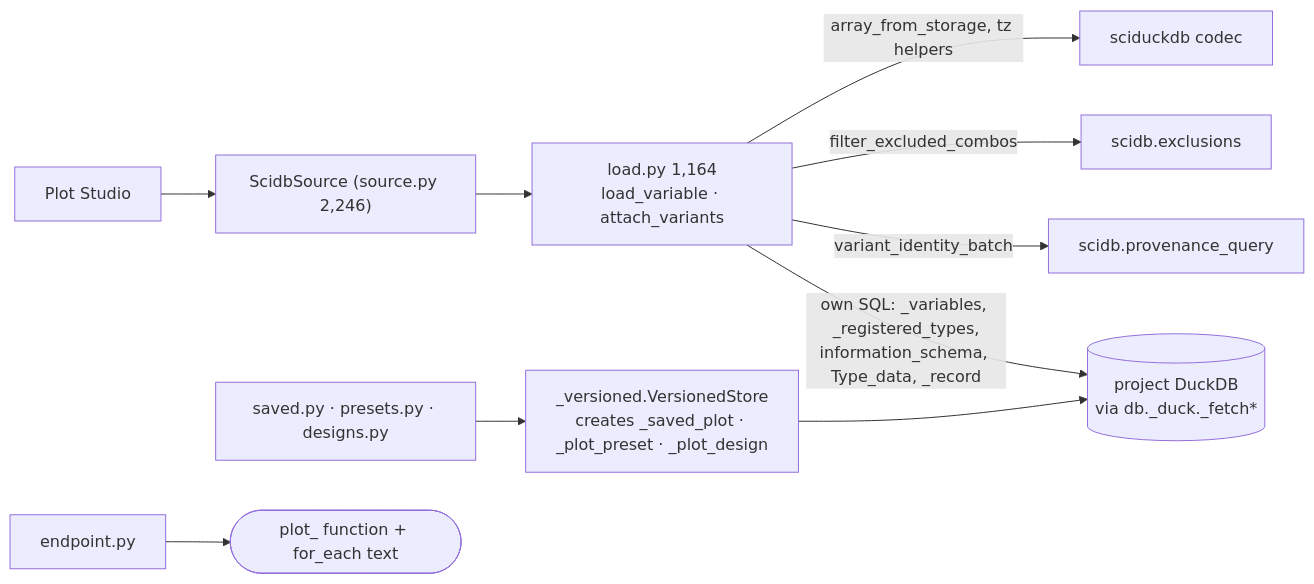
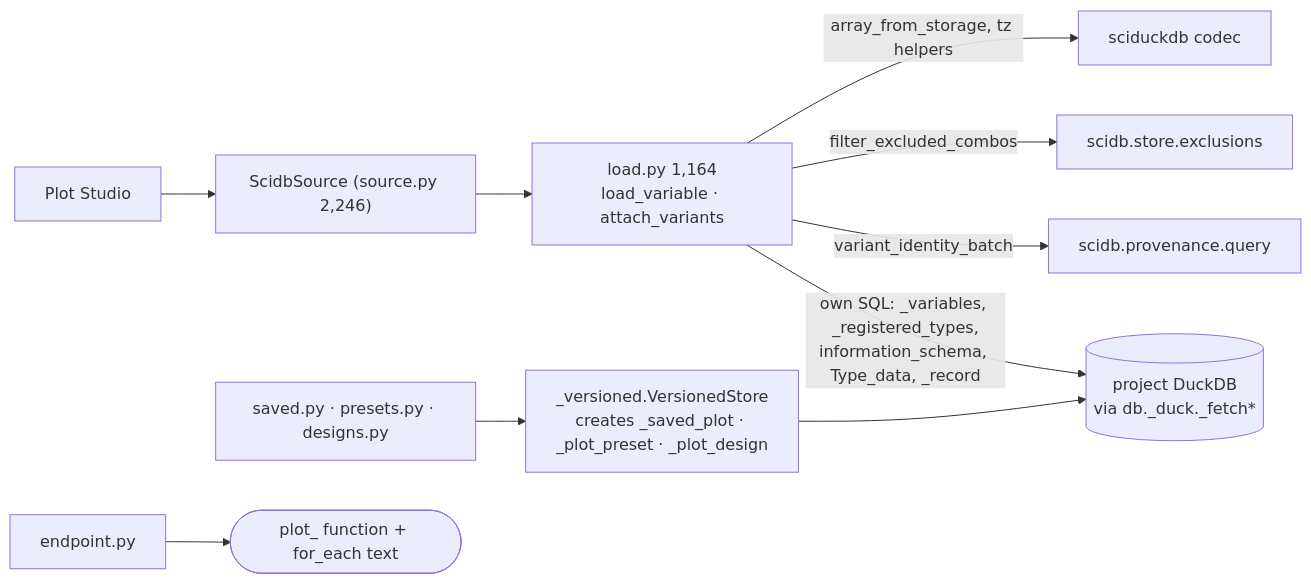
The fourth of 5 diagrams in docs/design-review/06-plot-and-stats.md (mtillman14/scistack), drawn with Mermaid before and after one commit. The commit also changed other lines of this file and 561 other files, not shown here.

````diff
--- a/docs/design-review/06-plot-and-stats.md
+++ b/docs/design-review/06-plot-and-stats.md
@@ -205,12 +208,12 @@
 ```mermaid
 flowchart LR
     gui["Plot Studio"] --> src["ScidbSource (source.py 2,246)"]
     src --> load["load.py 1,164<br/>load_variable · attach_variants"]
     load -- "own SQL: _variables, _registered_types,<br/>information_schema, Type_data, _record" --> duck[("project DuckDB<br/>via db._duck._fetch*")]
-    load -- "variant_identity_batch" --> pq["scidb.provenance_query"]
-    load -- "filter_excluded_combos" --> ex["scidb.exclusions"]
+    load -- "variant_identity_batch" --> pq["scidb.provenance.query"]
+    load -- "filter_excluded_combos" --> ex["scidb.store.exclusions"]
     load -- "array_from_storage, tz helpers" --> codec["sciduckdb codec"]
     saved["saved.py · presets.py · designs.py"] --> vs["_versioned.VersionedStore<br/>creates _saved_plot · _plot_preset · _plot_design"]
     vs --> duck
     ep["endpoint.py"] --> code(["plot_ function + for_each text"])
 ```
````
